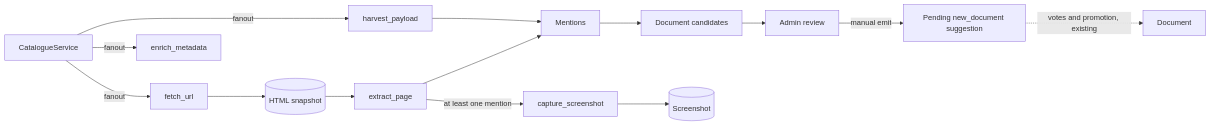
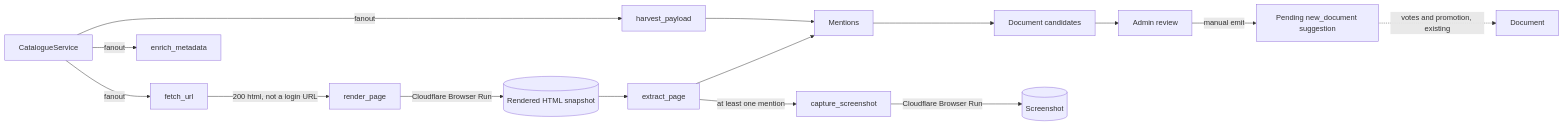
The diagram in .plans/crawlers/00-architecture.md (vadim-schultz/redtape), drawn with Mermaid before and after one commit. The commit also changed other lines of this file and 17 other files, not shown here.

First line of the commit message:
docs(crawlers): render and screenshot through Cloudflare Browser Run (free plan)

````diff
--- a/.plans/crawlers/00-architecture.md
+++ b/.plans/crawlers/00-architecture.md
@@ -44,16 +48,17 @@
 ```mermaid
 flowchart LR
   cat[CatalogueService] -->|fanout| fetch[fetch_url]
   cat -->|fanout| harvest[harvest_payload]
   cat -->|fanout| enrich[enrich_metadata]
-  fetch --> snap[(HTML snapshot)]
+  fetch -->|200 html, not a login URL| render[render_page]
+  render -->|Cloudflare Browser Run| snap[(Rendered HTML snapshot)]
   snap --> extract[extract_page]
   harvest --> mention[Mentions]
   extract --> mention
   mention --> cand[Document candidates]
   extract -->|at least one mention| shot[capture_screenshot]
-  shot --> evid[(Screenshot)]
+  shot -->|Cloudflare Browser Run| evid[(Screenshot)]
   cand --> review[Admin review]
   review -->|manual emit| sugg[Pending new_document suggestion]
   sugg -.->|votes and promotion, existing| doc[Document]
 ```
````
